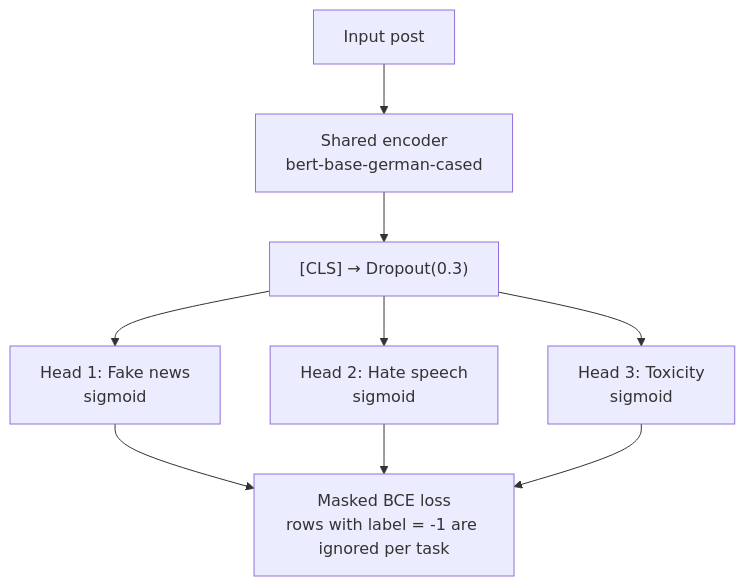
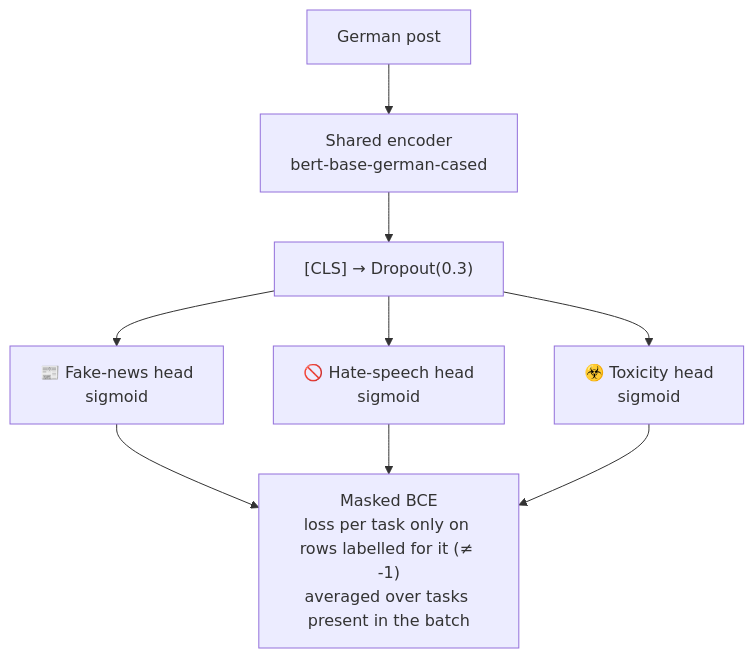
One commit to farhanaliarshad1/german-harmful-content-detection. changed the third of 4 diagrams in README.md. Above: the diagram before and after it, drawn with Mermaid. The commit also changed other lines of this file and 33 other files, not shown here.

First line of the commit message:
Turn into a three-task showcase: fake news, hate speech, toxicity

````diff
--- a/README.md
+++ b/README.md
@@ -102,9 +133,9 @@
 ```mermaid
 flowchart TB
-    X["Input post"] --> E["Shared encoder<br/>bert-base-german-cased"]
+    X["German post"] --> E["Shared encoder<br/>bert-base-german-cased"]
     E --> H["[CLS] → Dropout(0.3)"]
-    H --> F["Head 1: Fake news<br/>sigmoid"]
-    H --> HS["Head 2: Hate speech<br/>sigmoid"]
-    H --> TX["Head 3: Toxicity<br/>sigmoid"]
-    F & HS & TX --> L["Masked BCE loss<br/>rows with label = -1 are ignored per task"]
+    H --> F["📰 Fake-news head<br/>sigmoid"]
+    H --> HS["🚫 Hate-speech head<br/>sigmoid"]
+    H --> TX["☣️ Toxicity head<br/>sigmoid"]
+    F & HS & TX --> L["Masked BCE<br/>loss per task only on rows labelled for it (≠ -1)<br/>averaged over tasks present in the batch"]
 ```
````
